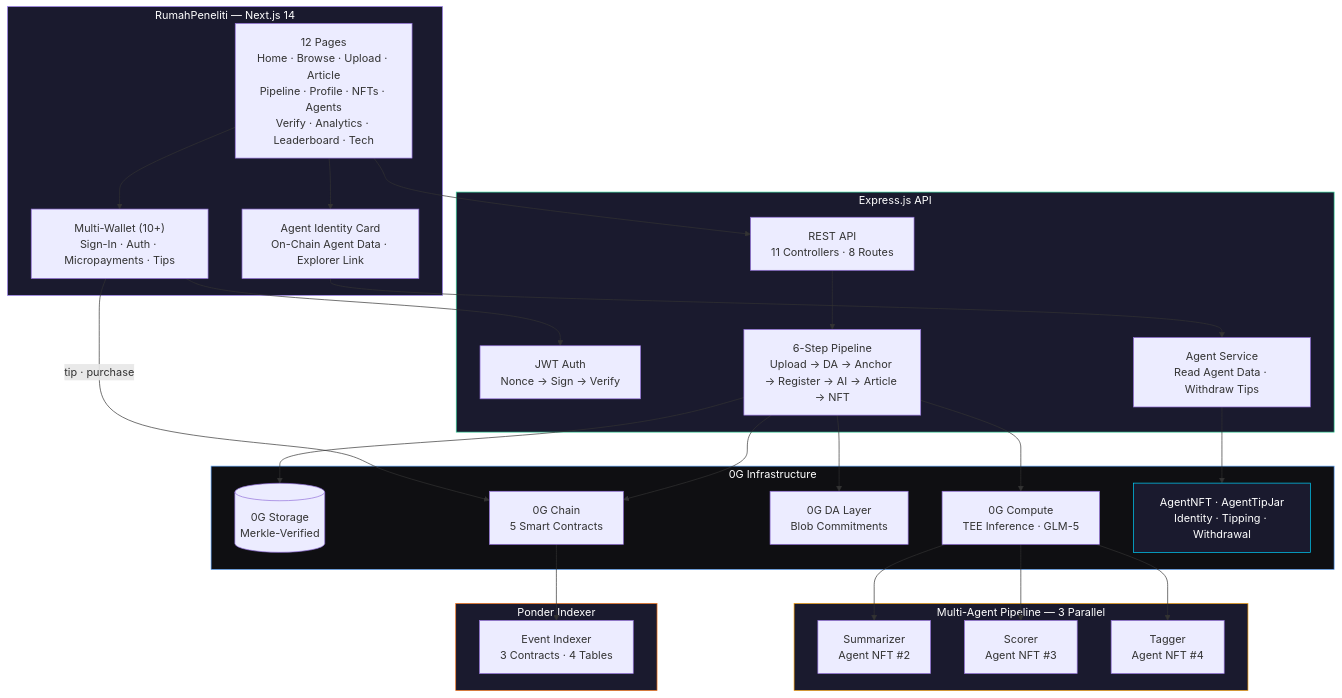
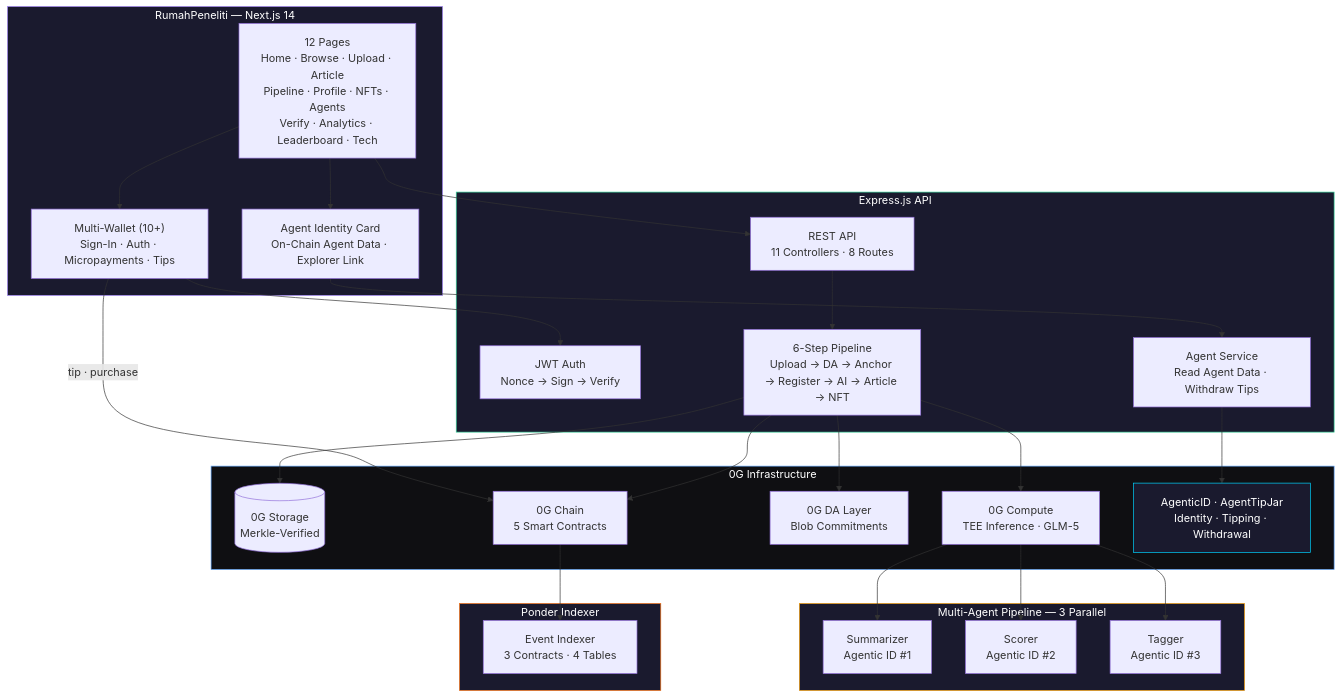
Before and after one commit to dwlpra/rumah-peneliti: the first of 5 diagrams in README.md, drawn with Mermaid. The commit also changed other lines of this file, not shown here.

First line of the commit message:
docs: update README — remove AgentNFT, consolidate to 0G Agentic ID (ERC-7857)

````diff
--- a/README.md
+++ b/README.md
@@ -175,57 +169,57 @@
 ```mermaid
 graph TB
     subgraph Frontend["RumahPeneliti — Next.js 14"]
         UI["12 Pages<br/>Home · Browse · Upload · Article<br/>Pipeline · Profile · NFTs · Agents<br/>Verify · Analytics · Leaderboard · Tech"]
         Wallet["Multi-Wallet (10+)<br/>Sign-In · Auth · Micropayments · Tips"]
         AgentUI["Agent Identity Card<br/>On-Chain Agent Data · Explorer Link"]
     end
 
     subgraph Backend["Express.js API"]
         API["REST API<br/>11 Controllers · 8 Routes"]
         Auth["JWT Auth<br/>Nonce → Sign → Verify"]
         Pipeline["6-Step Pipeline<br/>Upload → DA → Anchor → Register → AI → Article → NFT"]
         AgentSvc["Agent Service<br/>Read Agent Data · Withdraw Tips"]
     end
 
     subgraph AI["Multi-Agent Pipeline — 3 Parallel"]
-        Summarizer["Summarizer<br/>Agent NFT #2"]
-        Scorer["Scorer<br/>Agent NFT #3"]
-        Tagger["Tagger<br/>Agent NFT #4"]
+        Summarizer["Summarizer<br/>Agentic ID #1"]
+        Scorer["Scorer<br/>Agentic ID #2"]
+        Tagger["Tagger<br/>Agentic ID #3"]
     end
 
     subgraph ZeroG["0G Infrastructure"]
         Storage[("0G Storage<br/>Merkle-Verified")]
         Compute["0G Compute<br/>TEE Inference · GLM-5"]
         DA["0G DA Layer<br/>Blob Commitments"]
         Chain["0G Chain<br/>5 Smart Contracts"]
-        AgentNFT["AgentNFT · AgentTipJar<br/>Identity · Tipping · Withdrawal"]
+        AgenticID["AgenticID · AgentTipJar<br/>Identity · Tipping · Withdrawal"]
     end
 
     subgraph Indexer["Ponder Indexer"]
         Ponder["Event Indexer<br/>3 Contracts · 4 Tables"]
     end
 
     UI --> Wallet
     UI --> API
     UI --> AgentUI
     AgentUI --> AgentSvc
-    AgentSvc --> AgentNFT
+    AgentSvc --> AgenticID
     Wallet --> Auth
     Wallet -->|"tip · purchase"| Chain
     API --> Pipeline
     Pipeline --> Storage
     Pipeline --> DA
     Pipeline --> Chain
     Pipeline --> Compute
     Compute --> Summarizer
     Compute --> Scorer
     Compute --> Tagger
     Chain --> Ponder
 
     style Frontend fill:#1a1a2e,stroke:#a78bfa,color:#fff
     style Backend fill:#1a1a2e,stroke:#34d399,color:#fff
     style AI fill:#1a1a2e,stroke:#f59e0b,color:#fff
     style ZeroG fill:#0f0f12,stroke:#60a5fa,color:#fff
     style Indexer fill:#1a1a2e,stroke:#f97316,color:#fff
-    style AgentNFT fill:#1a1a2e,stroke:#00d4ff,color:#fff
+    style AgenticID fill:#1a1a2e,stroke:#00d4ff,color:#fff
 ```
````
